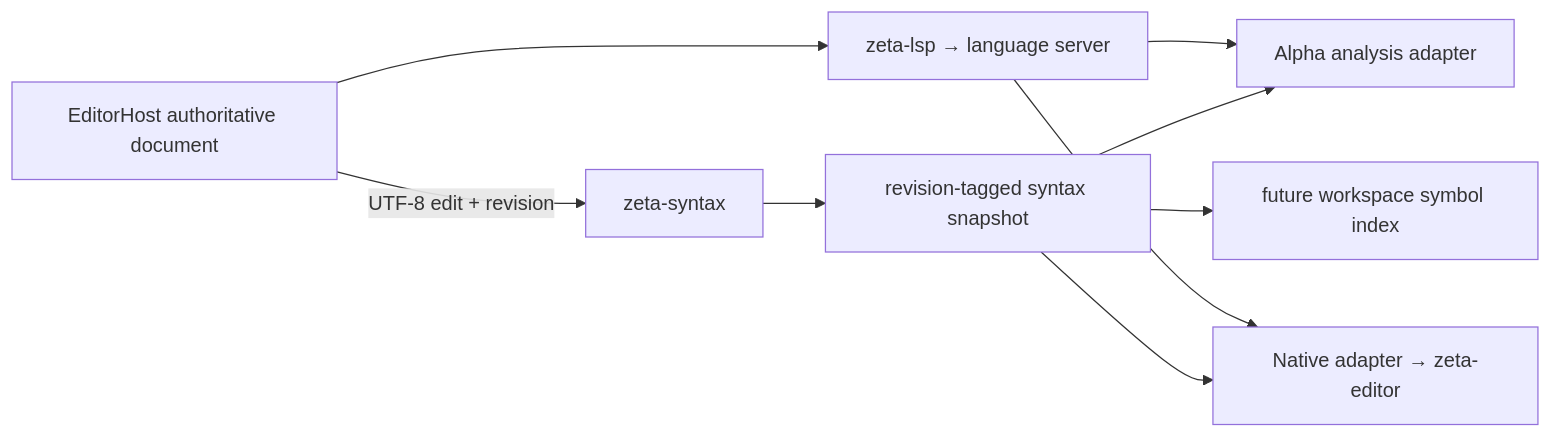
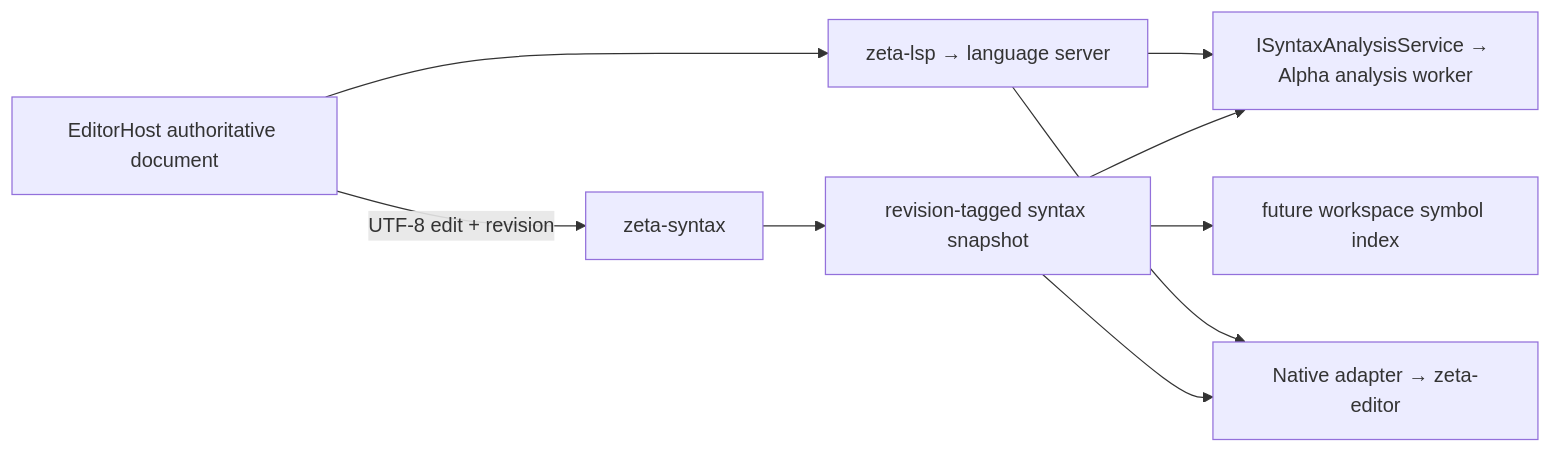
One commit to chogng/zeta changed the diagram in docs/syntax-analysis.md. Above: the diagram before and after it, drawn with Mermaid. The commit also changed other lines of this file and 174 other files, not shown here.

````diff
--- a/docs/syntax-analysis.md
+++ b/docs/syntax-analysis.md
@@ -27,11 +27,11 @@
 ```mermaid
 flowchart LR
     Document["EditorHost authoritative document"] -->|"UTF-8 edit + revision"| Syntax["zeta-syntax"]
     Syntax --> Snapshot["revision-tagged syntax snapshot"]
-    Snapshot --> Desktop["Alpha analysis adapter"]
+    Snapshot --> Desktop["ISyntaxAnalysisService → Alpha analysis worker"]
     Snapshot --> Native["Native adapter → zeta-editor"]
     Snapshot --> Index["future workspace symbol index"]
     Document --> LSP["zeta-lsp → language server"]
     LSP --> Desktop
     LSP --> Native
 ```
````
